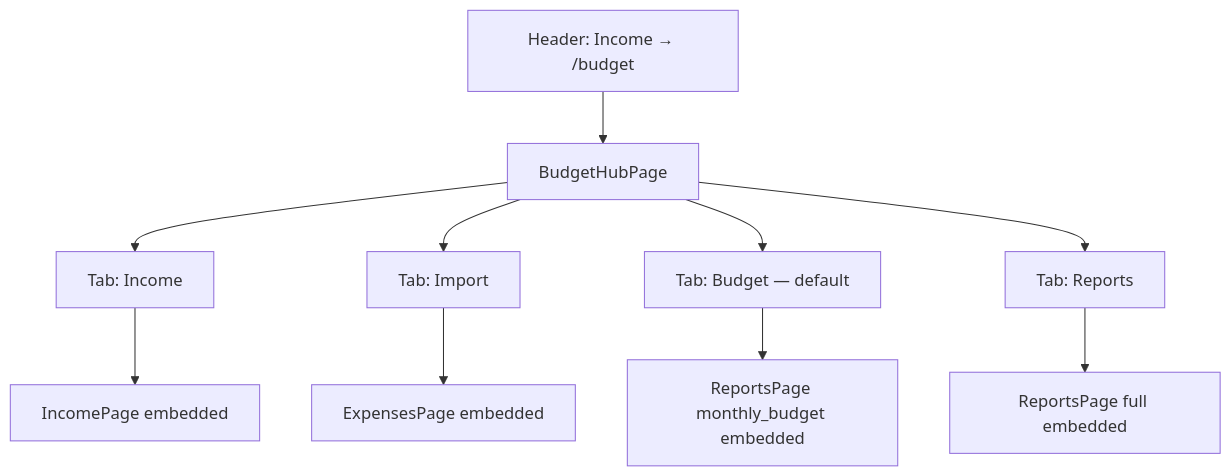
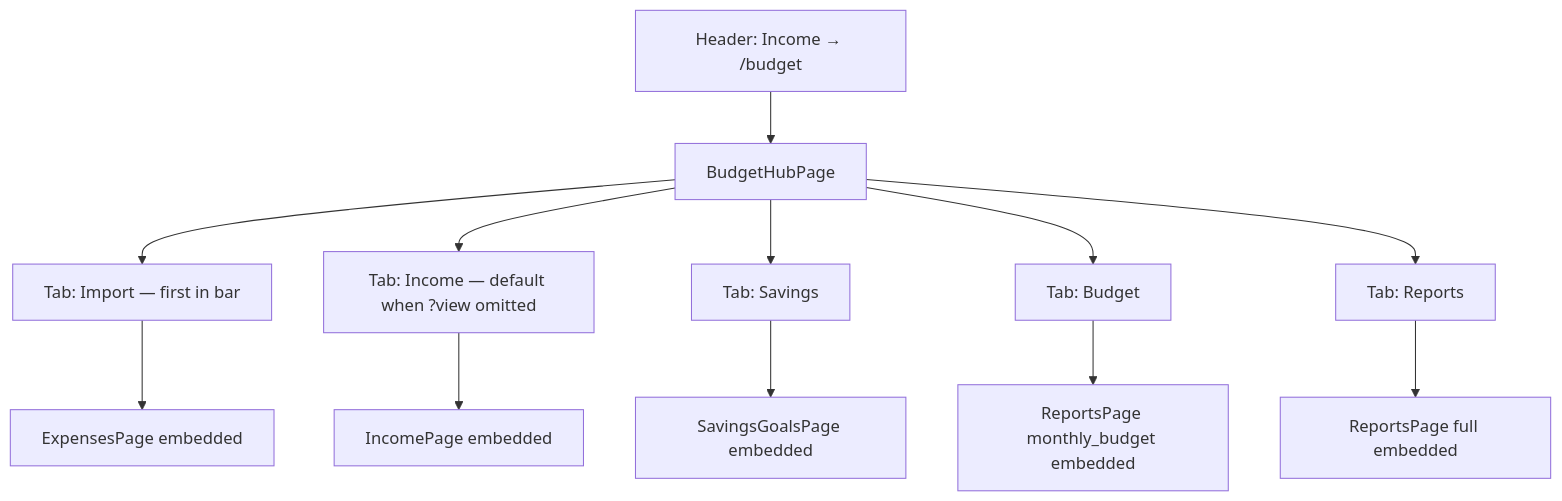
Before and after one commit to becomeonewiththecode/expense_tracker: the second of 3 diagrams in docs/BUDGETING.md, drawn with Mermaid. The commit also changed other lines of this file and 36 other files, not shown here.

````diff
--- a/docs/BUDGETING.md
+++ b/docs/BUDGETING.md
@@ -66,12 +66,14 @@
 ```mermaid
 flowchart TB
   Menu["Header: Income → /budget"] --> Hub["BudgetHubPage"]
-  Hub --> TabI["Tab: Income"]
-  Hub --> TabM["Tab: Import"]
-  Hub --> TabB["Tab: Budget — default"]
+  Hub --> TabM["Tab: Import — first in bar"]
+  Hub --> TabI["Tab: Income — default when ?view omitted"]
+  Hub --> TabS["Tab: Savings"]
+  Hub --> TabB["Tab: Budget"]
   Hub --> TabR["Tab: Reports"]
   TabI --> EmbI["IncomePage embedded"]
   TabM --> EmbM["ExpensesPage embedded"]
+  TabS --> EmbS["SavingsGoalsPage embedded"]
   TabB --> EmbB["ReportsPage monthly_budget embedded"]
   TabR --> EmbR["ReportsPage full embedded"]
 ```
````
